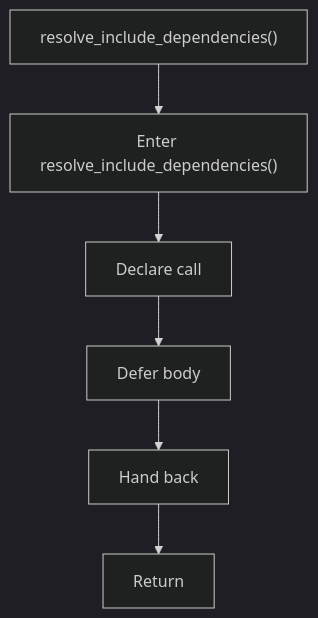
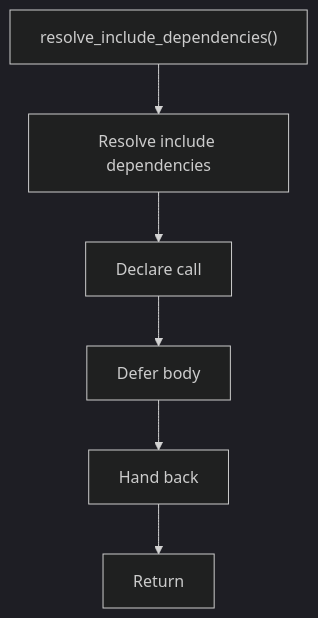
Before and after one commit to JohnAndrewBalbarosa/NeoTerritory: the diagram in docs/Codebase/Microservice/Modules/Header/SyntacticBrokenAST/Trees/Actual/Internal/Flow/functions/resolve_include_dependencies.hpp.md, drawn with Mermaid (dark theme). The commit also changed other lines of this file and 925 other files, not shown here.

````diff
--- a/docs/Codebase/Microservice/Modules/Header/SyntacticBrokenAST/Trees/Actual/Internal/Flow/functions/resolve_include_dependencies.hpp.md
+++ b/docs/Codebase/Microservice/Modules/Header/SyntacticBrokenAST/Trees/Actual/Internal/Flow/functions/resolve_include_dependencies.hpp.md
@@ -16,14 +16,14 @@
 ```mermaid
 flowchart TD
     Start["resolve_include_dependencies()"]
-    N0["Enter resolve_include_dependencies()"]
+    N0["Resolve include dependencies"]
     N1["Declare call"]
     N2["Defer body"]
     N3["Hand back"]
     End["Return"]
     Start --> N0
     N0 --> N1
     N1 --> N2
     N2 --> N3
     N3 --> End
 ```
````
